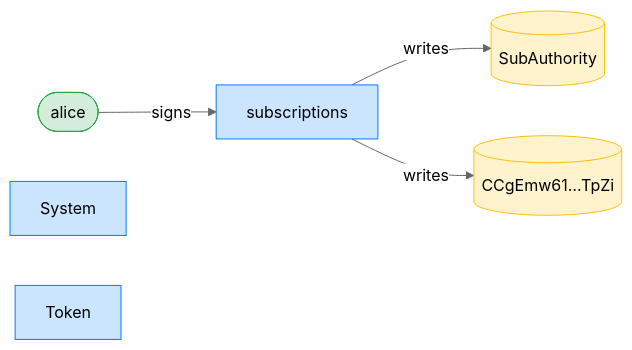
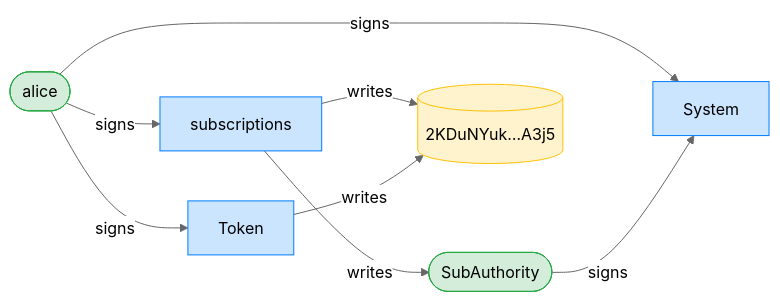
One commit to cds-rs/subscriptions changed the third of 8 diagrams in dsl_tests/transfer-subscription--an-unauthorized-caller-is-refused.md. Above: the diagram before and after it, drawn with Mermaid (neutral theme). The commit also changed other lines of this file and 224 other files, not shown here.

````diff
--- a/dsl_tests/transfer-subscription--an-unauthorized-caller-is-refused.md
+++ b/dsl_tests/transfer-subscription--an-unauthorized-caller-is-refused.md
@@ -55,15 +56,19 @@
 ```mermaid
 flowchart LR
     classDef signer fill:#d4edda,stroke:#28a745;
     classDef program fill:#cce5ff,stroke:#007bff;
     classDef writable fill:#fff3cd,stroke:#ffc107;
     subscriptions[subscriptions]:::program
     alice([alice]):::signer
-    SubAuthority[(SubAuthority)]:::writable
-    CCgEmw61_TpZi[("CCgEmw61…TpZi")]:::writable
+    SubAuthority([SubAuthority]):::signer
+    2KDuNYuk_A3j5[("2KDuNYuk…A3j5")]:::writable
     System[System]:::program
     Token[Token]:::program
     alice -->|signs| subscriptions
+    alice -->|signs| System
+    SubAuthority -->|signs| System
+    alice -->|signs| Token
     subscriptions -->|writes| SubAuthority
-    subscriptions -->|writes| CCgEmw61_TpZi
+    subscriptions -->|writes| 2KDuNYuk_A3j5
+    Token -->|writes| 2KDuNYuk_A3j5
 ```
````
